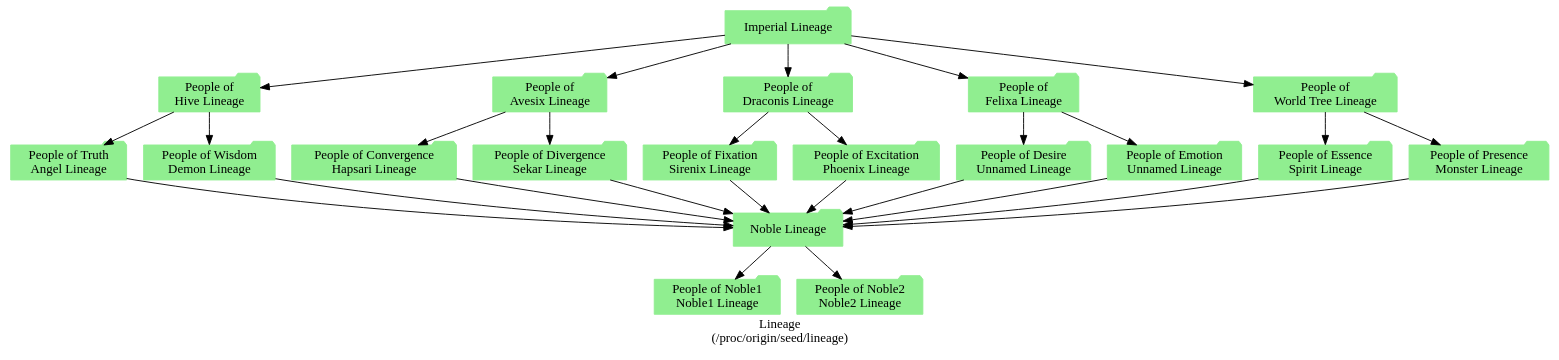
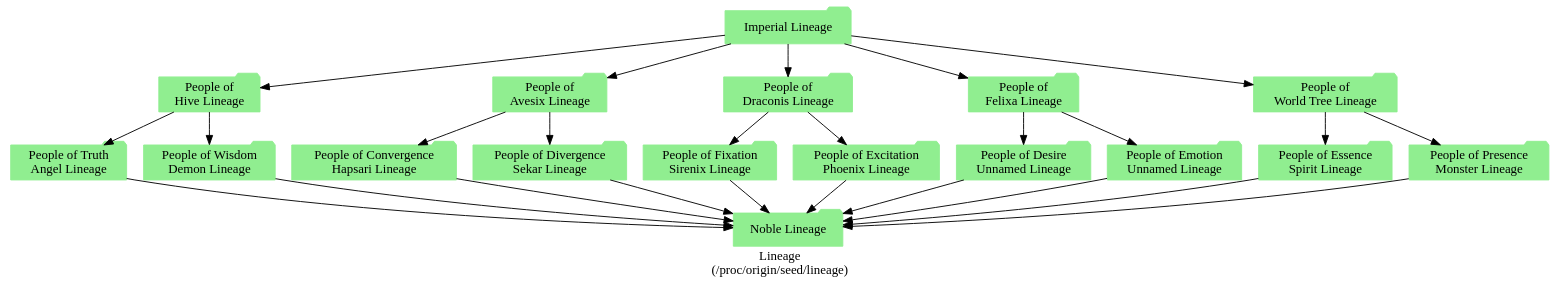
The diagram in src/includes/seed/lineage.dot (cilang/mythos), drawn with Graphviz before and after one commit.

Commit message:
refactor

```diff
--- a/src/includes/seed/lineage.dot
+++ b/src/includes/seed/lineage.dot
@@ -1,42 +1,39 @@
 strict digraph Lineage {
     label = "Lineage\n(/proc/origin/seed/lineage)";
     style = filled;
     color = lightgray;
     node [shape = folder; style = filled; color = lightgreen;];
     
     imperial_lineage_t [label = "Imperial Lineage";comment = "";];
     
     people_of_asha_t [label = "People of\nHive Lineage";comment = "";];
     people_of_truth_t [label = "People of Truth\nAngel Lineage";comment = "";];
     people_of_wisdom_t [label = "People of Wisdom\nDemon Lineage";comment = "";];
     
     people_of_vikara_t [label = "People of\nAvesix Lineage";comment = "";];
     people_of_convergence_t [label = "People of Convergence\nHapsari Lineage";comment = "";];
     people_of_divergence_t [label = "People of Divergence\nSekar Lineage";comment = "";];
     
     people_of_karsa_t [label = "People of\nDraconis Lineage";comment = "";];
     people_of_fixation_t [label = "People of Fixation\nSirenix Lineage";comment = "";];
     people_of_excitation_t [label = "People of Excitation\nPhoenix Lineage";comment = "";];
     
     people_of_rasa_t [label = "People of\nFelixa Lineage";comment = "";];
     people_of_desire_t [label = "People of Desire\nUnnamed Lineage";comment = "";];
     people_of_emotion_t [label = "People of Emotion\nUnnamed Lineage";comment = "";];
     
     people_of_emergence_t [label = "People of\nWorld Tree Lineage";comment = "";];
     people_of_essence_t [label = "People of Essence\nSpirit Lineage";comment = "";];
     people_of_presence_t [label = "People of Presence\nMonster Lineage";comment = "";];
     
     imperial_lineage_t -> {people_of_asha_t people_of_vikara_t people_of_karsa_t people_of_rasa_t people_of_emergence_t};
     people_of_asha_t -> {people_of_truth_t people_of_wisdom_t};
     people_of_vikara_t -> {people_of_convergence_t people_of_divergence_t};
     people_of_karsa_t -> {people_of_fixation_t people_of_excitation_t};
     people_of_rasa_t -> {people_of_desire_t people_of_emotion_t};
     people_of_emergence_t -> {people_of_essence_t people_of_presence_t};
     
     noble_lineage_t [label = "Noble Lineage";comment = "";];
-    people_of_noble1_t [label = "People of Noble1\nNoble1 Lineage";comment = "";];
-    people_of_noble2_t [label = "People of Noble2\nNoble2 Lineage";comment = "";];
     
     {people_of_truth_t people_of_wisdom_t people_of_convergence_t people_of_divergence_t people_of_fixation_t people_of_excitation_t people_of_desire_t people_of_emotion_t people_of_essence_t people_of_presence_t} -> noble_lineage_t;
-    noble_lineage_t -> {people_of_noble1_t people_of_noble2_t};
 }
```
